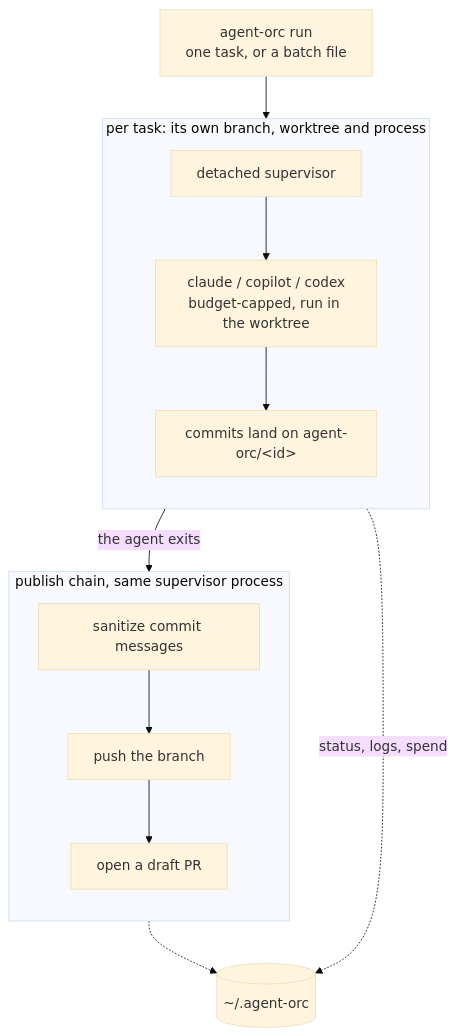
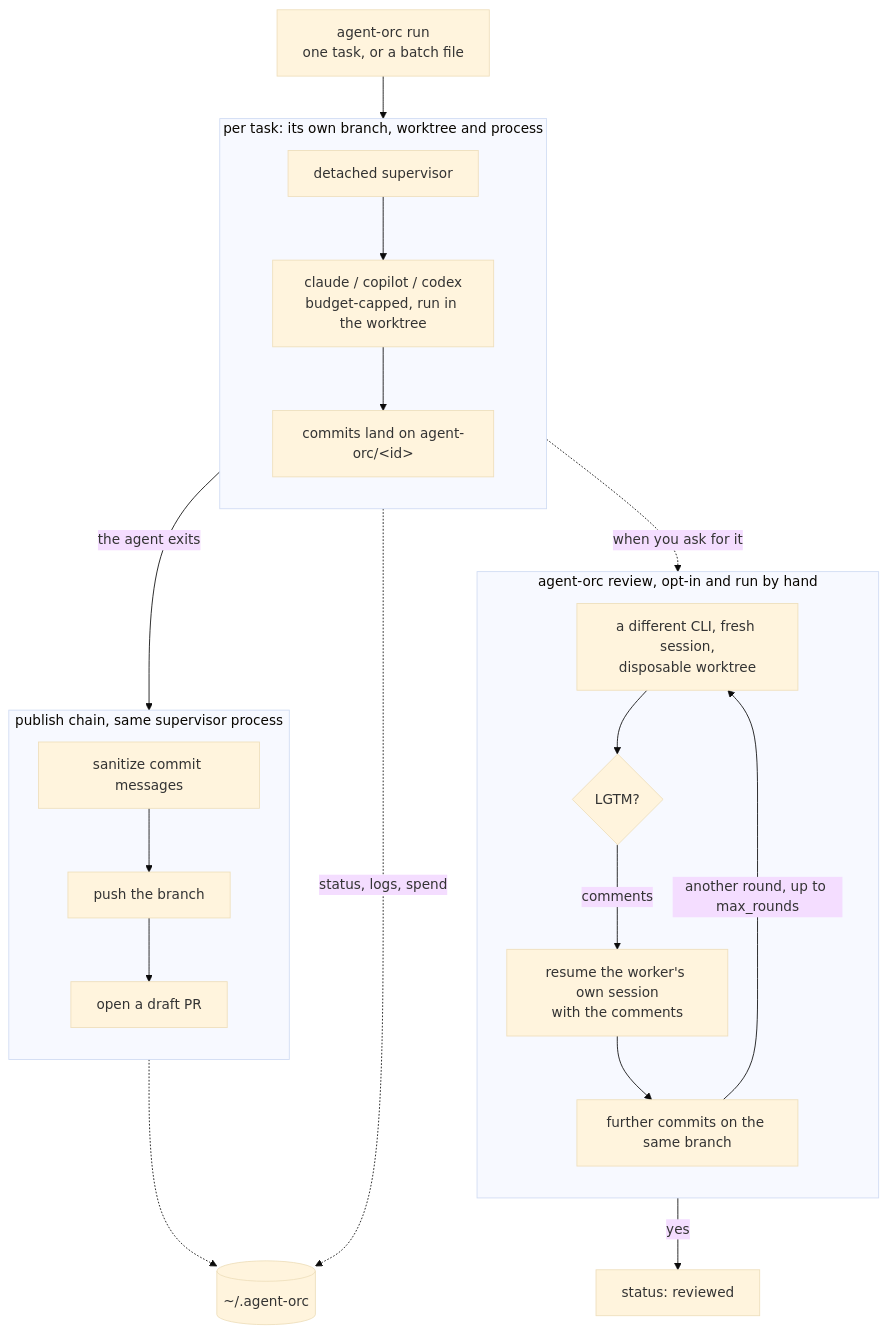
Before and after one commit to MaryannGitonga/agent-orc: the first of 2 diagrams in README.md, drawn with Mermaid (base theme). The commit also changed other lines of this file, not shown here.

Commit message:
docs: show the review loop and what agent-orc talks to

````diff
--- a/README.md
+++ b/README.md
@@ -24,23 +24,36 @@
 ```mermaid
 flowchart TB
     RUN["agent-orc run<br/>one task, or a batch file"]
 
     subgraph TASK["per task: its own branch, worktree and process"]
         direction TB
         SUP["detached supervisor"]
         AGENT["claude / copilot / codex<br/>budget-capped, run in the worktree"]
         WORK["commits land on agent-orc/&lt;id&gt;"]
         SUP --> AGENT --> WORK
     end
 
     subgraph PUBLISH["publish chain, same supervisor process"]
         direction TB
         SAN["sanitize commit messages"] --> PUSH["push the branch"] --> PR["open a draft PR"]
     end
 
+    subgraph REVIEW["agent-orc review, opt-in and run by hand"]
+        direction TB
+        REV["a different CLI, fresh session,<br/>disposable worktree"]
+        VERDICT{"LGTM?"}
+        RESUME["resume the worker's own session<br/>with the comments"]
+        MORE["further commits on the same branch"]
+        REV --> VERDICT
+        VERDICT -->|"comments"| RESUME --> MORE
+        MORE -->|"another round, up to max_rounds"| REV
+    end
+
     RUN --> SUP
     WORK -->|"the agent exits"| SAN
+    WORK -.->|"when you ask for it"| REV
+    VERDICT -->|"yes"| REVIEWED["status: reviewed"]
     SUP -.->|"status, logs, spend"| STATE
     PUSH -.-> STATE
     STATE[("~/.agent-orc")]
 ```
````
